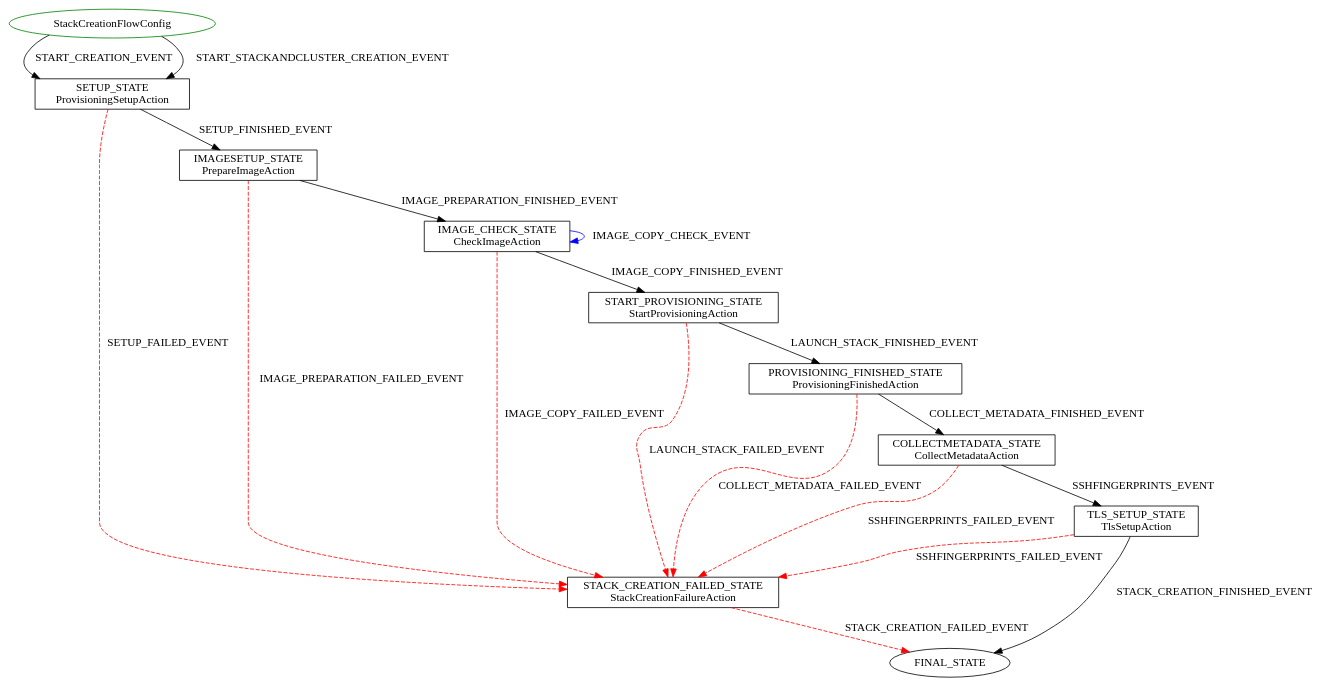
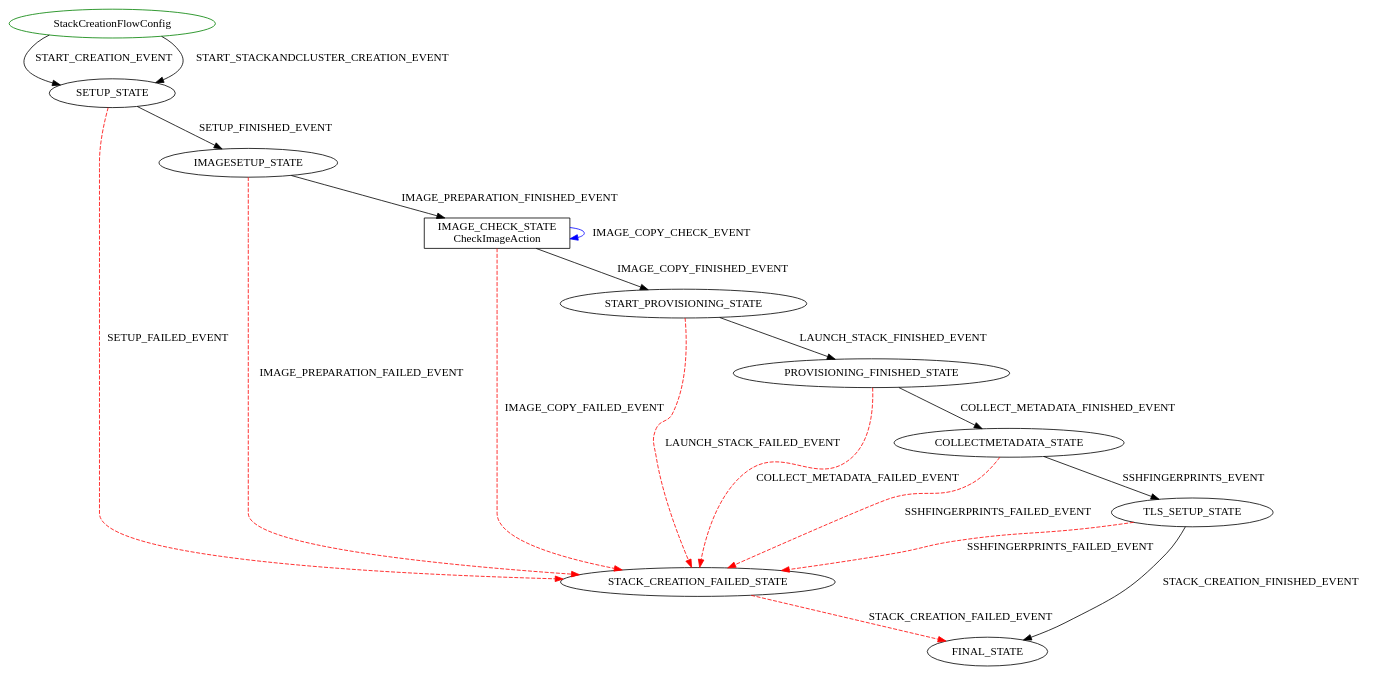
Before and after one commit to wprender/cloudbreak-docs: the diagram in docs/diagrams/StackCreationFlowConfig.dot, drawn with Graphviz. The commit also changed 3 other files, not shown here.

Commit message:
CLOUD-55042 Fresh flow dots

```diff
--- a/docs/diagrams/StackCreationFlowConfig.dot
+++ b/docs/diagrams/StackCreationFlowConfig.dot
@@ -1,29 +1,22 @@
 digraph {
 INIT_STATE [label="StackCreationFlowConfig" shape=ellipse color=green];
-SETUP_STATE [label="SETUP_STATE\nProvisioningSetupAction" shape=rect color=black];
 INIT_STATE -> SETUP_STATE [label="START_CREATION_EVENT" color=black style=solid];
-STACK_CREATION_FAILED_STATE [label="STACK_CREATION_FAILED_STATE\nStackCreationFailureAction" shape=rect color=black];
 SETUP_STATE -> STACK_CREATION_FAILED_STATE [label="SETUP_FAILED_EVENT" color=red style=dashed];
 STACK_CREATION_FAILED_STATE -> FINAL_STATE [label="STACK_CREATION_FAILED_EVENT" color=red style=dashed];
 INIT_STATE -> SETUP_STATE [label="START_STACKANDCLUSTER_CREATION_EVENT" color=black style=solid];
-IMAGESETUP_STATE [label="IMAGESETUP_STATE\nPrepareImageAction" shape=rect color=black];
 SETUP_STATE -> IMAGESETUP_STATE [label="SETUP_FINISHED_EVENT" color=black style=solid];
 IMAGESETUP_STATE -> STACK_CREATION_FAILED_STATE [label="IMAGE_PREPARATION_FAILED_EVENT" color=red style=dashed];
 IMAGE_CHECK_STATE [label="IMAGE_CHECK_STATE\nCheckImageAction" shape=rect color=black];
 IMAGESETUP_STATE -> IMAGE_CHECK_STATE [label="IMAGE_PREPARATION_FINISHED_EVENT" color=black style=solid];
 IMAGE_CHECK_STATE -> STACK_CREATION_FAILED_STATE [label="IMAGE_COPY_FAILED_EVENT" color=red style=dashed];
 IMAGE_CHECK_STATE -> IMAGE_CHECK_STATE [label="IMAGE_COPY_CHECK_EVENT" color=blue style=solid];
-START_PROVISIONING_STATE [label="START_PROVISIONING_STATE\nStartProvisioningAction" shape=rect color=black];
 IMAGE_CHECK_STATE -> START_PROVISIONING_STATE [label="IMAGE_COPY_FINISHED_EVENT" color=black style=solid];
 START_PROVISIONING_STATE -> STACK_CREATION_FAILED_STATE [label="LAUNCH_STACK_FAILED_EVENT" color=red style=dashed];
-PROVISIONING_FINISHED_STATE [label="PROVISIONING_FINISHED_STATE\nProvisioningFinishedAction" shape=rect color=black];
 START_PROVISIONING_STATE -> PROVISIONING_FINISHED_STATE [label="LAUNCH_STACK_FINISHED_EVENT" color=black style=solid];
 PROVISIONING_FINISHED_STATE -> STACK_CREATION_FAILED_STATE [label="COLLECT_METADATA_FAILED_EVENT" color=red style=dashed];
-COLLECTMETADATA_STATE [label="COLLECTMETADATA_STATE\nCollectMetadataAction" shape=rect color=black];
 PROVISIONING_FINISHED_STATE -> COLLECTMETADATA_STATE [label="COLLECT_METADATA_FINISHED_EVENT" color=black style=solid];
 COLLECTMETADATA_STATE -> STACK_CREATION_FAILED_STATE [label="SSHFINGERPRINTS_FAILED_EVENT" color=red style=dashed];
-TLS_SETUP_STATE [label="TLS_SETUP_STATE\nTlsSetupAction" shape=rect color=black];
 COLLECTMETADATA_STATE -> TLS_SETUP_STATE [label="SSHFINGERPRINTS_EVENT" color=black style=solid];
 TLS_SETUP_STATE -> STACK_CREATION_FAILED_STATE [label="SSHFINGERPRINTS_FAILED_EVENT" color=red style=dashed];
 TLS_SETUP_STATE -> FINAL_STATE [label="STACK_CREATION_FINISHED_EVENT" color=black style=solid];
 }
```
